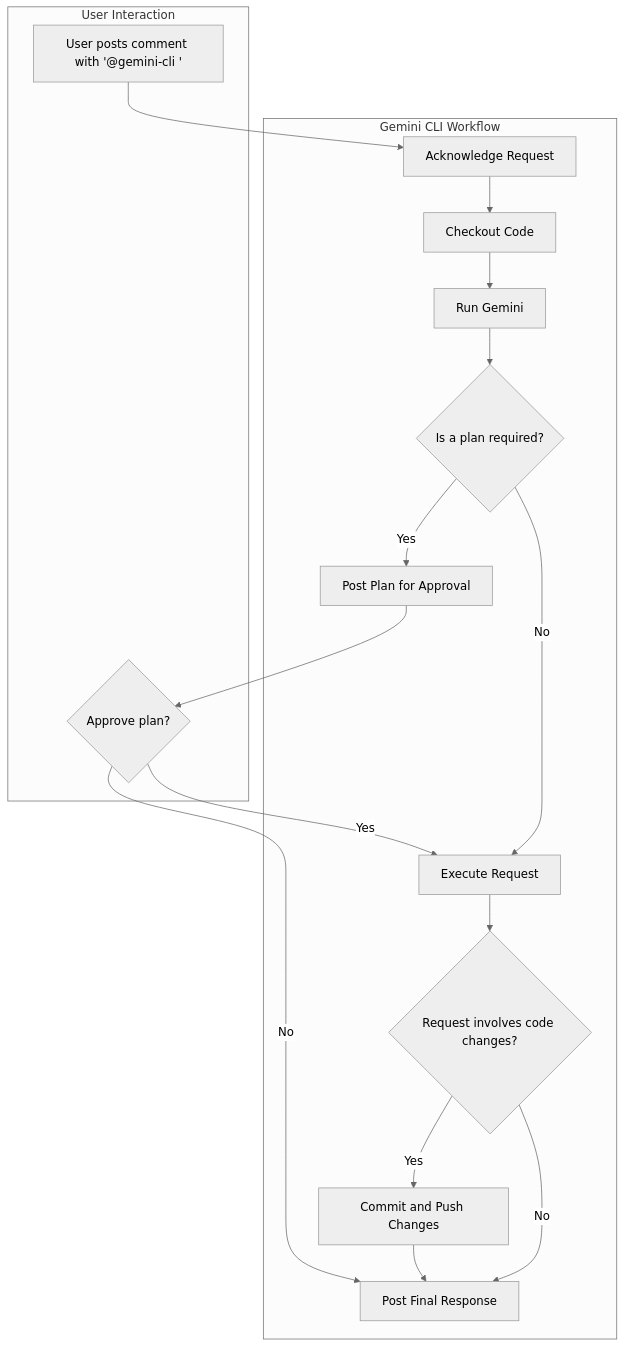
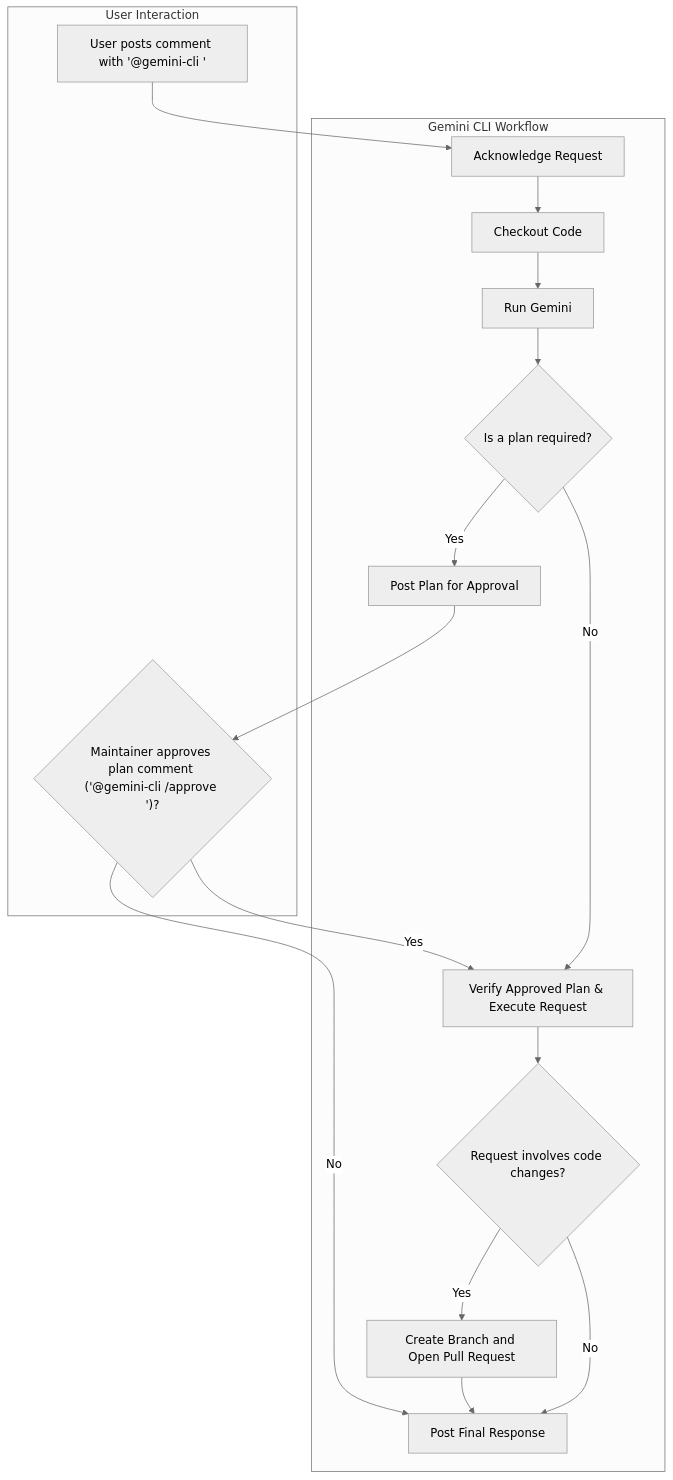
Before and after one commit to google-github-actions/run-gemini-cli: the diagram in examples/workflows/gemini-assistant/README.md, drawn with Mermaid (neutral theme). The commit also changed other lines of this file and 12 other files, not shown here.

````diff
--- a/examples/workflows/gemini-assistant/README.md
+++ b/examples/workflows/gemini-assistant/README.md
@@ -100,33 +100,33 @@
 ```mermaid
 flowchart TD
     subgraph "User Interaction"
         A[User posts comment with '@gemini-cli <request>']
-        F{Approve plan?}
+        F{"Maintainer approves plan comment ('@gemini-cli /approve <url-or-id>')?"}
     end
 
     subgraph "Gemini CLI Workflow"
         B[Acknowledge Request]
         C[Checkout Code]
         D[Run Gemini]
         E{Is a plan required?}
         G[Post Plan for Approval]
-        H[Execute Request]
+        H[Verify Approved Plan & Execute Request]
         I{Request involves code changes?}
-        J[Commit and Push Changes]
+        J[Create Branch and Open Pull Request]
         K[Post Final Response]
     end
 
     A --> B
     B --> C
     C --> D
     D --> E
     E -- Yes --> G
     G --> F
     F -- Yes --> H
     F -- No --> K
     E -- No --> H
     H --> I
     I -- Yes --> J
     J --> K
     I -- No --> K
 ```
````
